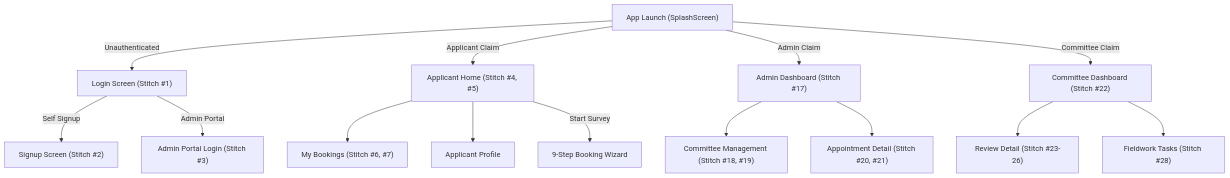
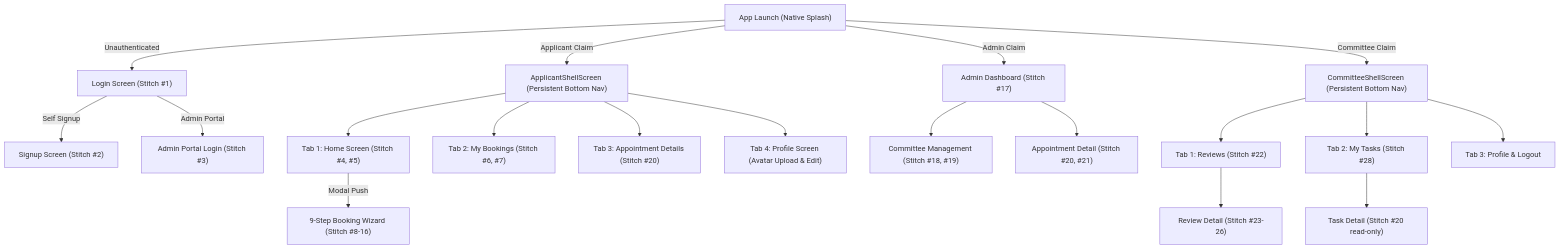
Before and after one commit to coe-sensrs/survey_booking_flutter: the second of 2 diagrams in brain/modules_frontend.md, drawn with Mermaid. The commit also changed other lines of this file and 34 other files, not shown here.

````diff
--- a/brain/modules_frontend.md
+++ b/brain/modules_frontend.md
@@ -40,20 +46,25 @@
 ```mermaid
 graph TD
-    Root["App Launch (SplashScreen)"]
+    Root["App Launch (Native Splash)"]
     Root -->|Unauthenticated| Login["Login Screen (Stitch #1)"]
     Login -->|Self Signup| Signup["Signup Screen (Stitch #2)"]
     Login -->|Admin Portal| AdminLogin["Admin Portal Login (Stitch #3)"]
 
-    Root -->|Applicant Claim| AppHome["Applicant Home (Stitch #4, #5)"]
-    AppHome --> BookingsTab["My Bookings (Stitch #6, #7)"]
-    AppHome --> AppProfile["Applicant Profile"]
-    AppHome -->|Start Survey| Wizard["9-Step Booking Wizard"]
+    Root -->|Applicant Claim| Shell["ApplicantShellScreen (Persistent Bottom Nav)"]
+    Shell --> AppHome["Tab 1: Home Screen (Stitch #4, #5)"]
+    Shell --> BookingsTab["Tab 2: My Bookings (Stitch #6, #7)"]
+    Shell --> DetailTab["Tab 3: Appointment Details (Stitch #20)"]
+    Shell --> AppProfile["Tab 4: Profile Screen (Avatar Upload & Edit)"]
+    AppHome -->|Modal Push| Wizard["9-Step Booking Wizard (Stitch #8-16)"]
 
     Root -->|Admin Claim| AdminDash["Admin Dashboard (Stitch #17)"]
     AdminDash --> CommitteeMgmt["Committee Management (Stitch #18, #19)"]
     AdminDash --> AdminDetail["Appointment Detail (Stitch #20, #21)"]
 
-    Root -->|Committee Claim| CommDash["Committee Dashboard (Stitch #22)"]
+    Root -->|Committee Claim| CommShell["CommitteeShellScreen (Persistent Bottom Nav)"]
+    CommShell --> CommDash["Tab 1: Reviews (Stitch #22)"]
+    CommShell --> CommTasks["Tab 2: My Tasks (Stitch #28)"]
+    CommShell --> CommProfile["Tab 3: Profile & Logout"]
     CommDash --> CommReview["Review Detail (Stitch #23-26)"]
-    CommDash --> TaskQueue["Fieldwork Tasks (Stitch #28)"]
+    CommTasks --> CommTaskDetail["Task Detail (Stitch #20 read-only)"]
 ```
````
